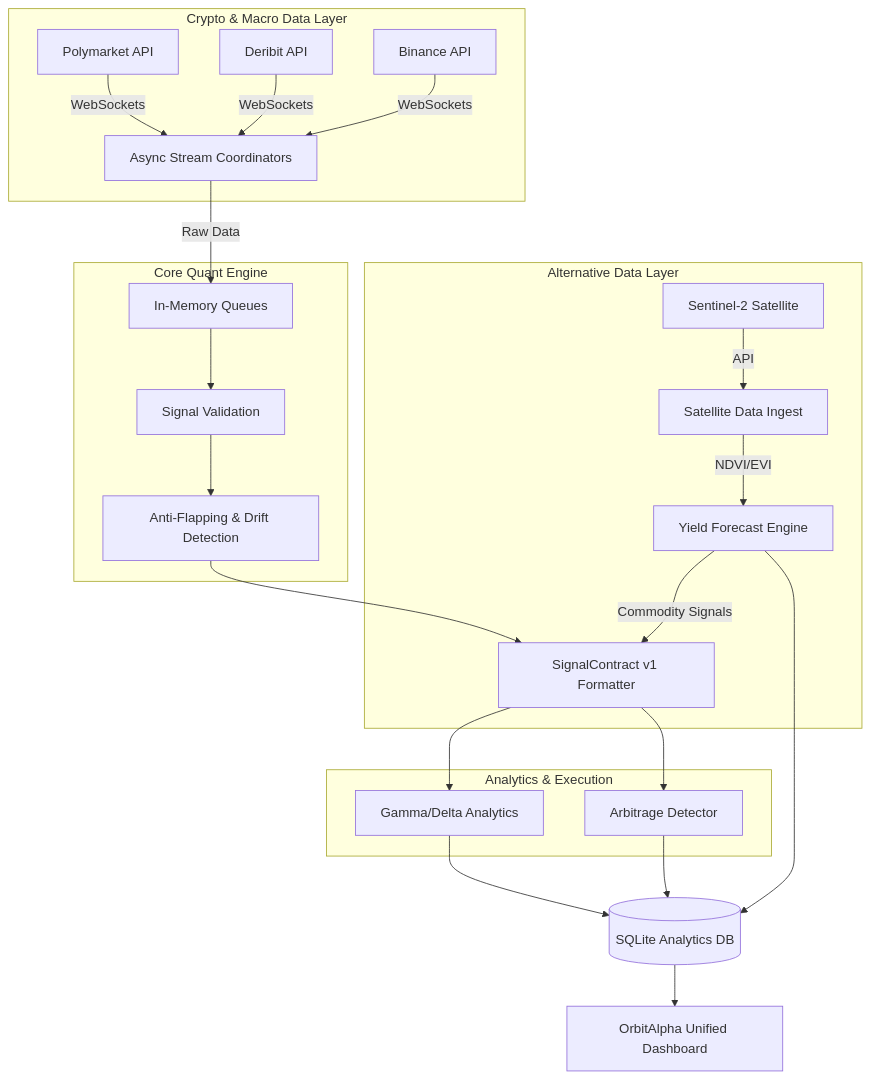
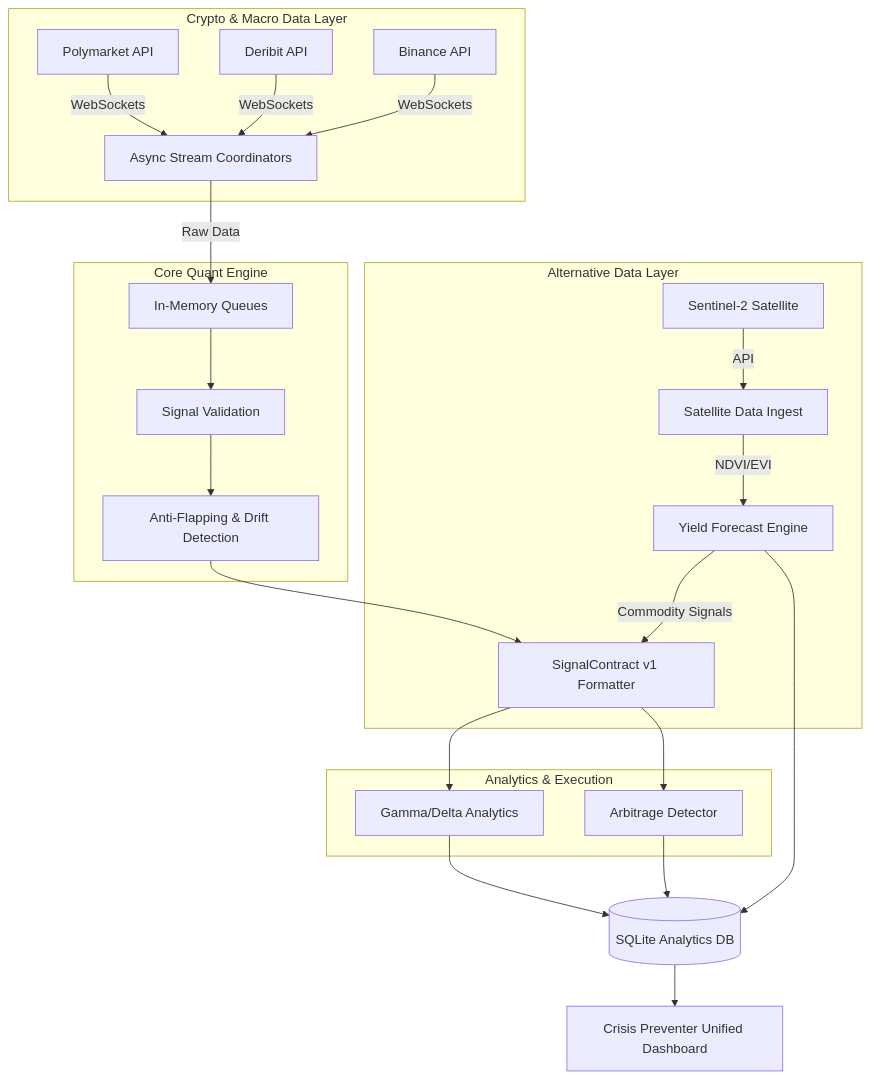
The diagram in README.md (TedeuszNorek/Crisis_Preventer), drawn with Mermaid before and after one commit. The commit also changed other lines of this file and 1 other file, not shown here.

Commit message:
feat: Crisis Preventer Quant Engine - initial commit

````diff
--- a/README.md
+++ b/README.md
@@ -38,33 +45,33 @@
 ```mermaid
 graph TD
     subgraph Alternative Data Layer
         S2[Sentinel-2 Satellite] -->|API| SI[Satellite Data Ingest]
         SI -->|NDVI/EVI| YF[Yield Forecast Engine]
         YF -->|Commodity Signals| SC
     end
 
     subgraph High-Frequency Ingestion [Crypto & Macro Data Layer]
         P[Polymarket API] -->|WebSockets| WS
         D[Deribit API] -->|WebSockets| WS
         B[Binance API] -->|WebSockets| WS
     end
 
     WS[Async Stream Coordinators] -->|Raw Data| Q[In-Memory Queues]
 
     subgraph Core Quant Engine
         Q --> V[Signal Validation]
         V --> AF[Anti-Flapping & Drift Detection]
         AF --> SC[SignalContract v1 Formatter]
     end
 
     subgraph Analytics & Execution
         SC --> GA[Gamma/Delta Analytics]
         SC --> AR[Arbitrage Detector]
     end
 
     GA --> DB[(SQLite Analytics DB)]
     AR --> DB
     YF --> DB
     
-    DB --> UI[OrbitAlpha Unified Dashboard]
+    DB --> UI[Crisis Preventer Unified Dashboard]
 ```
````
